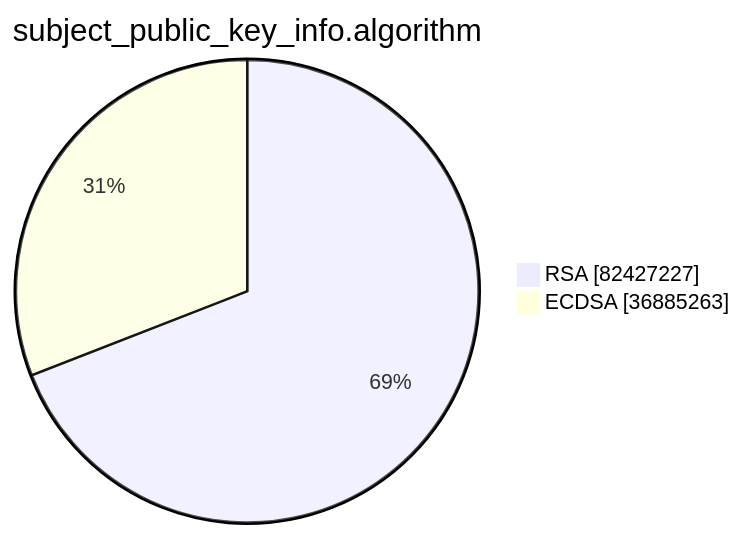
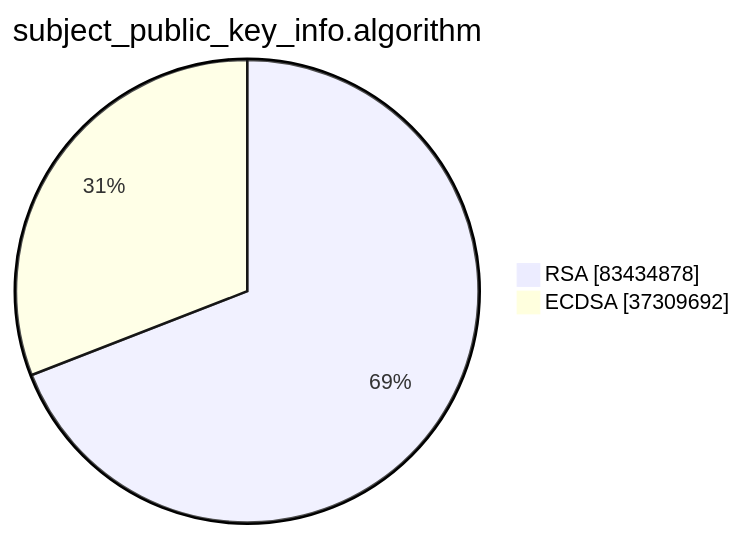
The second of 15 diagrams in xenon2023/README.md (christiankrug/ctmonitor_visualization), drawn with Mermaid before and after one commit. The commit also changed other lines of this file, not shown here.

````diff
--- a/xenon2023/README.md
+++ b/xenon2023/README.md
@@ -6,6 +6,6 @@
 ```mermaid
 pie showData
 title subject_public_key_info.algorithm
-"RSA" :82427227
-"ECDSA" :36885263
+"RSA" :83434878
+"ECDSA" :37309692
 ```
````
